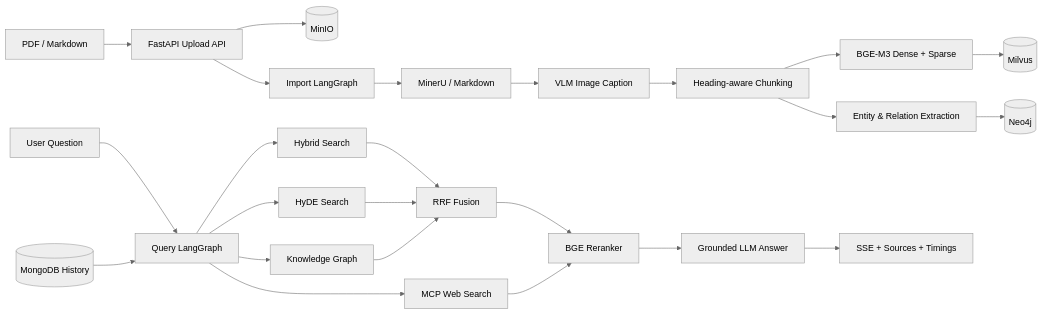
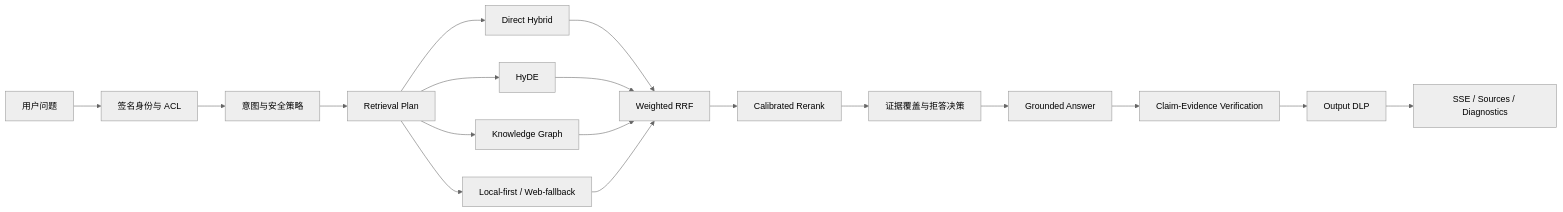
One commit to xuange6/shopkeeper-brain-zxq changed the first of 2 diagrams in README.md. Above: the diagram before and after it, drawn with Mermaid (neutral theme). The commit also changed other lines of this file and 131 other files, not shown here.

````diff
--- a/README.md
+++ b/README.md
@@ -46,27 +60,20 @@
 ```mermaid
 flowchart LR
-    U[PDF / Markdown] --> API[FastAPI Upload API]
-    API --> MIO[(MinIO)]
-    API --> IG[Import LangGraph]
-    IG --> MINERU[MinerU / Markdown]
-    MINERU --> VLM[VLM Image Caption]
-    VLM --> SPLIT[Heading-aware Chunking]
-    SPLIT --> BGE[BGE-M3 Dense + Sparse]
-    BGE --> MILVUS[(Milvus)]
-    SPLIT --> KG[Entity & Relation Extraction]
-    KG --> NEO4J[(Neo4j)]
-
-    Q[User Question] --> QG[Query LangGraph]
-    MONGO[(MongoDB History)] --> QG
-    QG --> DIRECT[Hybrid Search]
-    QG --> HYDE[HyDE Search]
-    QG --> GRAPH[Knowledge Graph]
-    QG --> WEB[MCP Web Search]
-    DIRECT --> RRF[RRF Fusion]
+    Q[用户问题] --> ACL[签名身份与 ACL]
+    ACL --> POLICY[意图与安全策略]
+    POLICY --> PLAN[Retrieval Plan]
+    PLAN --> DIRECT[Direct Hybrid]
+    PLAN --> HYDE[HyDE]
+    PLAN --> KG[Knowledge Graph]
+    PLAN --> WEB[Local-first / Web-fallback]
+    DIRECT --> RRF[Weighted RRF]
     HYDE --> RRF
-    GRAPH --> RRF
-    RRF --> RERANK[BGE Reranker]
-    WEB --> RERANK
-    RERANK --> LLM[Grounded LLM Answer]
-    LLM --> SSE[SSE + Sources + Timings]
+    KG --> RRF
+    WEB --> RRF
+    RRF --> RERANK[Calibrated Rerank]
+    RERANK --> DECIDE[证据覆盖与拒答决策]
+    DECIDE --> ANSWER[Grounded Answer]
+    ANSWER --> VERIFY[Claim-Evidence Verification]
+    VERIFY --> DLP[Output DLP]
+    DLP --> OUT[SSE / Sources / Diagnostics]
 ```
````
